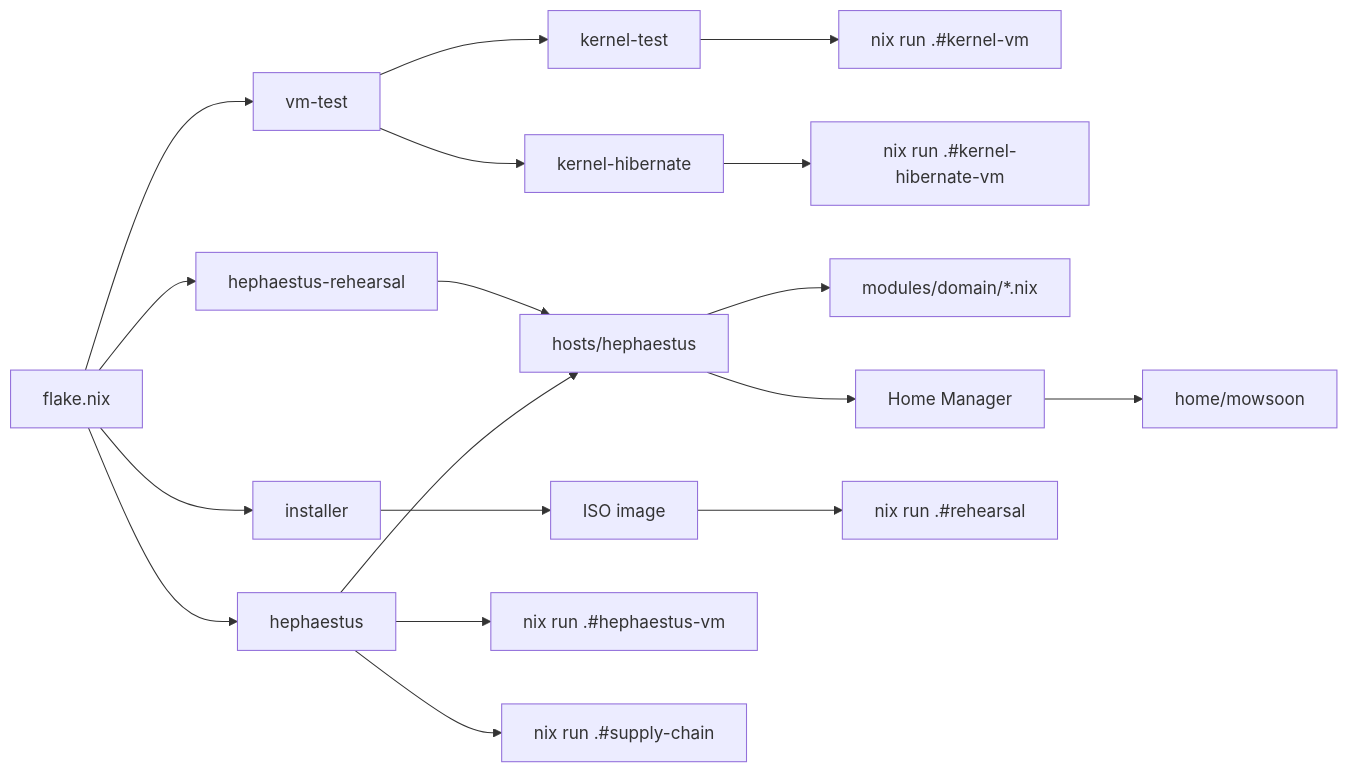
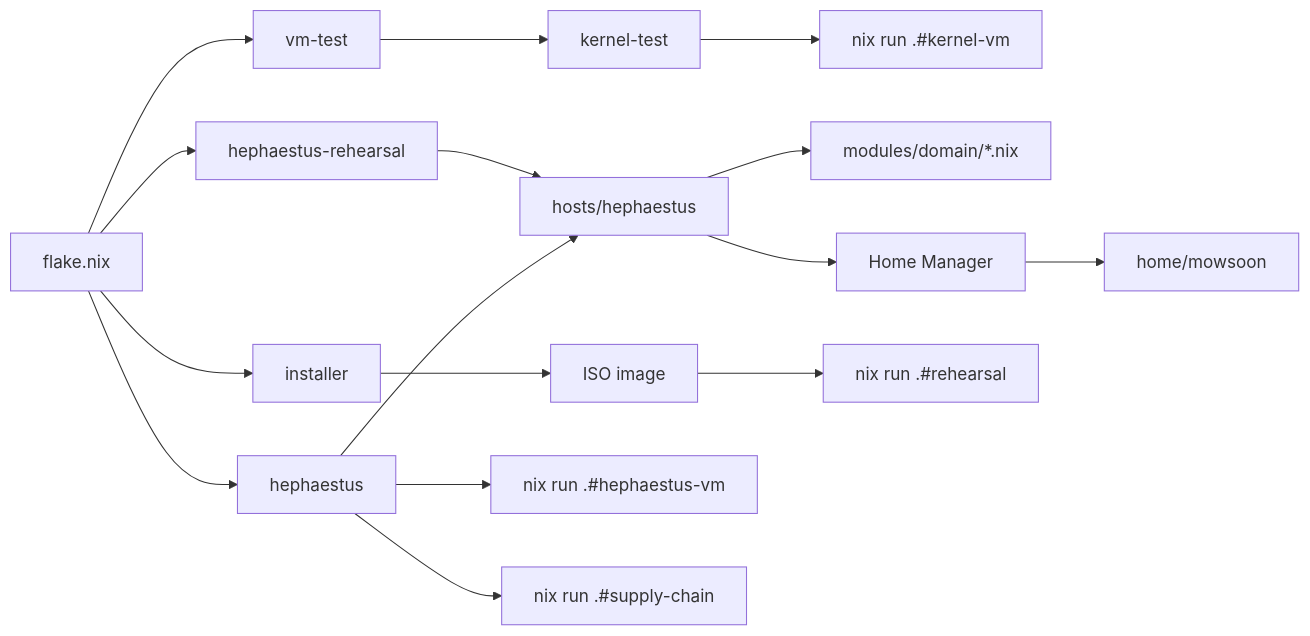
One commit to Mowsoon/nixos_config changed the diagram in docs/architecture/overview.md. Above: the diagram before and after it, drawn with Mermaid. The commit also changed other lines of this file and 33 other files, not shown here.

````diff
--- a/docs/architecture/overview.md
+++ b/docs/architecture/overview.md
@@ -9,20 +9,18 @@
 ```mermaid
 flowchart LR
   flake[flake.nix] --> vmtest[vm-test]
   vmtest --> kerneltest[kernel-test]
   kerneltest --> kernelvm[nix run .#kernel-vm]
-  vmtest --> kernelhib[kernel-hibernate]
-  kernelhib --> kernelhibvm[nix run .#kernel-hibernate-vm]
   flake --> heph[hephaestus]
   flake --> rehearsal[hephaestus-rehearsal]
   flake --> installer[installer]
   heph --> hostfiles[hosts/hephaestus]
   rehearsal --> hostfiles
   hostfiles --> modules[modules/domain/*.nix]
   hostfiles --> hm[Home Manager]
   hm --> home[home/mowsoon]
   installer --> iso[ISO image]
   iso --> app[nix run .#rehearsal]
   heph --> vm[nix run .#hephaestus-vm]
   heph --> supply[nix run .#supply-chain]
 ```
````
